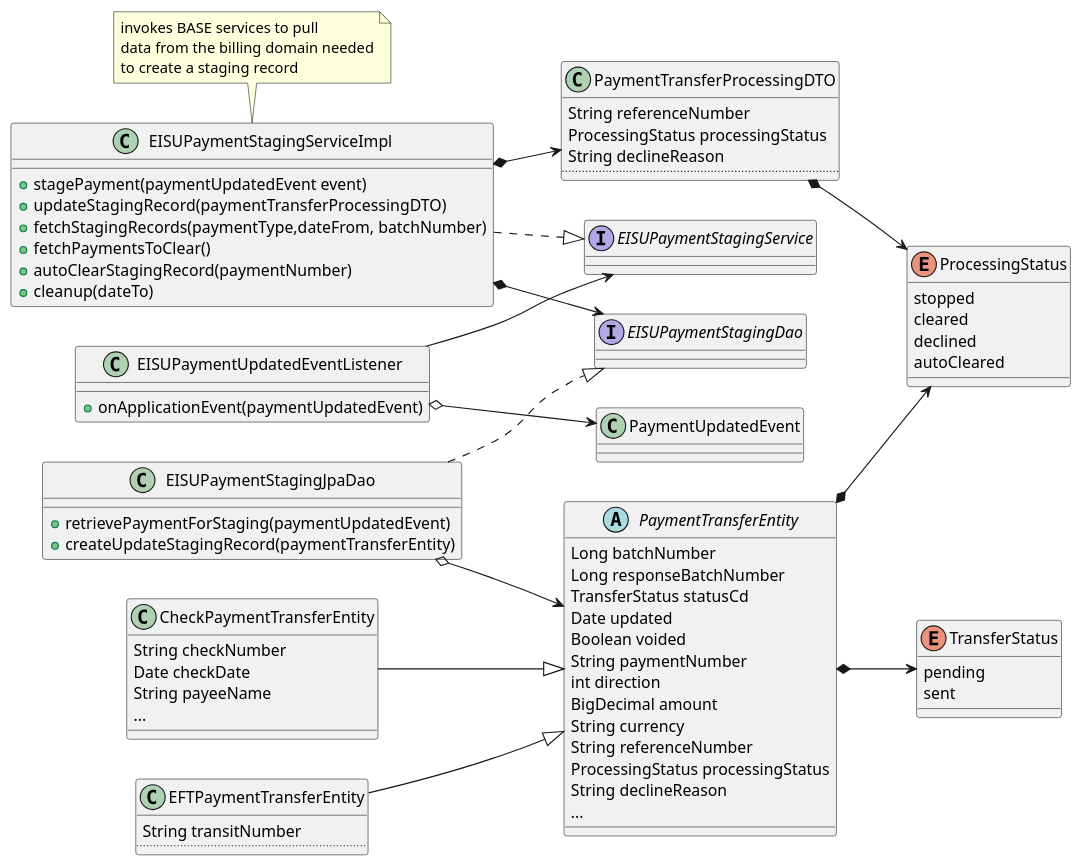
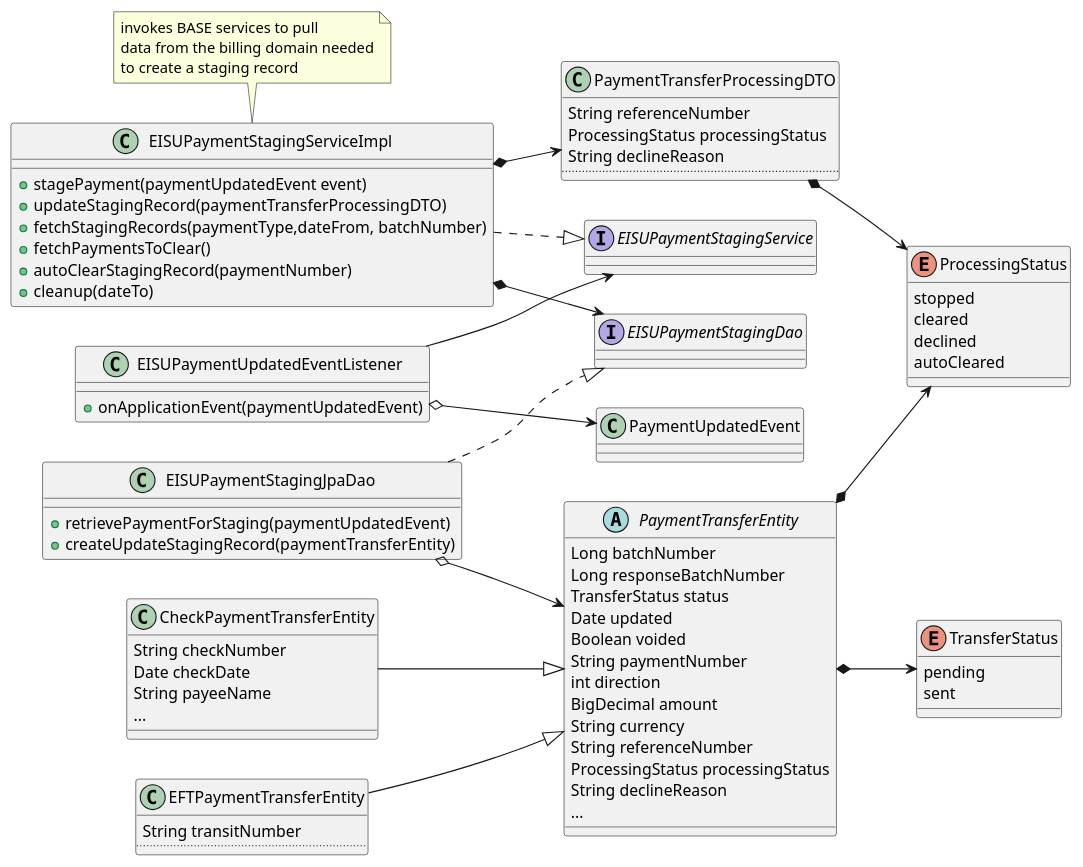
One commit to evgueni-spb/bootcamp changed the diagram in payment-staging-class.puml. Above: the diagram before and after it, drawn with PlantUML. The commit also changed 6 other files, not shown here.

Commit message:
updated diagrams

```diff
--- a/payment-staging-class.puml
+++ b/payment-staging-class.puml
@@ -1,116 +1,116 @@
 @startuml
 allowmixing
 
 left to right direction
 
 
 
 skinparam package {
   BackgroundColor<<LIB>> olive
   BorderColor<<LIB>> olive
 }
 
 skinparam artifact {
   BackgroundColor yellow
   BorderColor brown
 }
 
 enum TransferStatus {
 pending
 sent
 }
 
 
 class PaymentUpdatedEvent
 
 
 
 enum ProcessingStatus {
 stopped
 cleared
 declined
 autoCleared
 }
 
 
 abstract class PaymentTransferEntity {
 Long batchNumber
 Long responseBatchNumber
-TransferStatus statusCd
+TransferStatus status
 Date updated
 Boolean voided
 String paymentNumber
 int direction
 BigDecimal amount
 String currency
 String referenceNumber
 ProcessingStatus processingStatus
 String declineReason
 ...
 }
 
 class CheckPaymentTransferEntity {
 String checkNumber
 Date checkDate
 String payeeName
 ...
 }
 
 
 class EFTPaymentTransferEntity {
 String transitNumber
 ....
 }
 
 CheckPaymentTransferEntity --|> PaymentTransferEntity
 EFTPaymentTransferEntity --|> PaymentTransferEntity
 
 class EISUPaymentUpdatedEventListener {
 +onApplicationEvent(paymentUpdatedEvent)
 }
 
 EISUPaymentUpdatedEventListener o--> PaymentUpdatedEvent
 
 interface EISUPaymentStagingService
 class EISUPaymentStagingServiceImpl{
 +stagePayment(paymentUpdatedEvent event)
 +updateStagingRecord(paymentTransferProcessingDTO)
 +fetchStagingRecords(paymentType,dateFrom, batchNumber)
 +fetchPaymentsToClear()
 +autoClearStagingRecord(paymentNumber)
 +cleanup(dateTo)
 }
 
 note as PRA
  invokes BASE services to pull
  data from the billing domain needed
  to create a staging record
 end note
 
 PRA . EISUPaymentStagingServiceImpl
 
 class PaymentTransferProcessingDTO {
 String referenceNumber
 ProcessingStatus processingStatus
 String declineReason
 ....
 }
 
 PaymentTransferEntity *--> TransferStatus
 PaymentTransferEntity *--> ProcessingStatus
 PaymentTransferProcessingDTO *--> ProcessingStatus
 
 EISUPaymentStagingServiceImpl *--> PaymentTransferProcessingDTO
 EISUPaymentStagingJpaDao o--> PaymentTransferEntity
 
 EISUPaymentStagingServiceImpl ..|> EISUPaymentStagingService
 EISUPaymentUpdatedEventListener --> EISUPaymentStagingService
 
 interface EISUPaymentStagingDao
 class EISUPaymentStagingJpaDao {
 +retrievePaymentForStaging(paymentUpdatedEvent)
 +createUpdateStagingRecord(paymentTransferEntity)
 }
 EISUPaymentStagingJpaDao ..|> EISUPaymentStagingDao
 EISUPaymentStagingServiceImpl *--> EISUPaymentStagingDao
 @enduml
```
